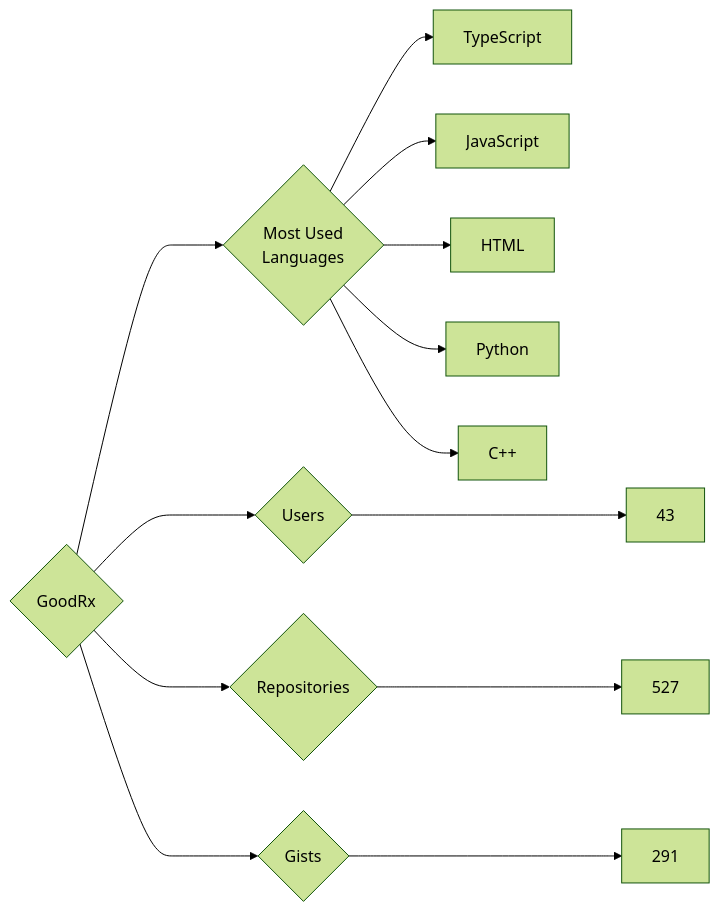
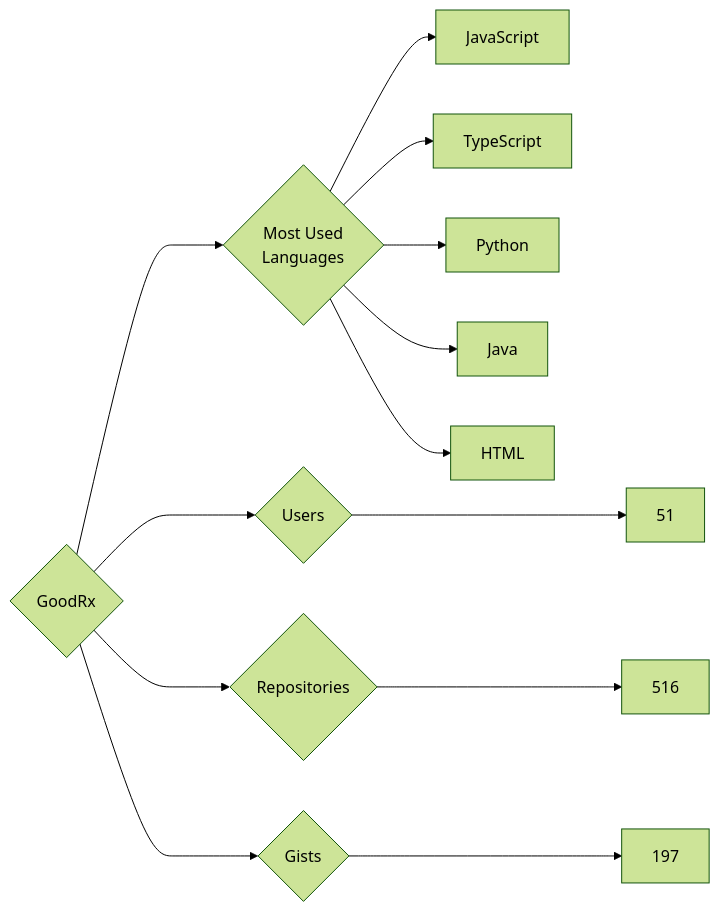
The diagram in targets/GoodRx/README.md (trickest/insiders), drawn with Mermaid (forest theme) before and after one commit. The commit also changed 688 other files, not shown here.

````diff
--- a/targets/GoodRx/README.md
+++ b/targets/GoodRx/README.md
@@ -3,13 +3,13 @@
 ```mermaid
 graph LR
 COMPANY_NAME{GoodRx}
-COMPANY_NAME ---> U{Users} ---> UN[43]
-COMPANY_NAME ---> R{Repositories} ---> RN[527]
-COMPANY_NAME ---> G{Gists} ---> GN[291]
+COMPANY_NAME ---> U{Users} ---> UN[51]
+COMPANY_NAME ---> R{Repositories} ---> RN[516]
+COMPANY_NAME ---> G{Gists} ---> GN[197]
 COMPANY_NAME ---> ML{Most Used<br>Languages}
+ML --> JavaScript[JavaScript]
 ML --> TypeScript[TypeScript]
-ML --> JavaScript[JavaScript]
+ML --> Python[Python]
+ML --> Java[Java]
 ML --> HTML[HTML]
-ML --> Python[Python]
-ML --> C++[C++]
 ```
````
